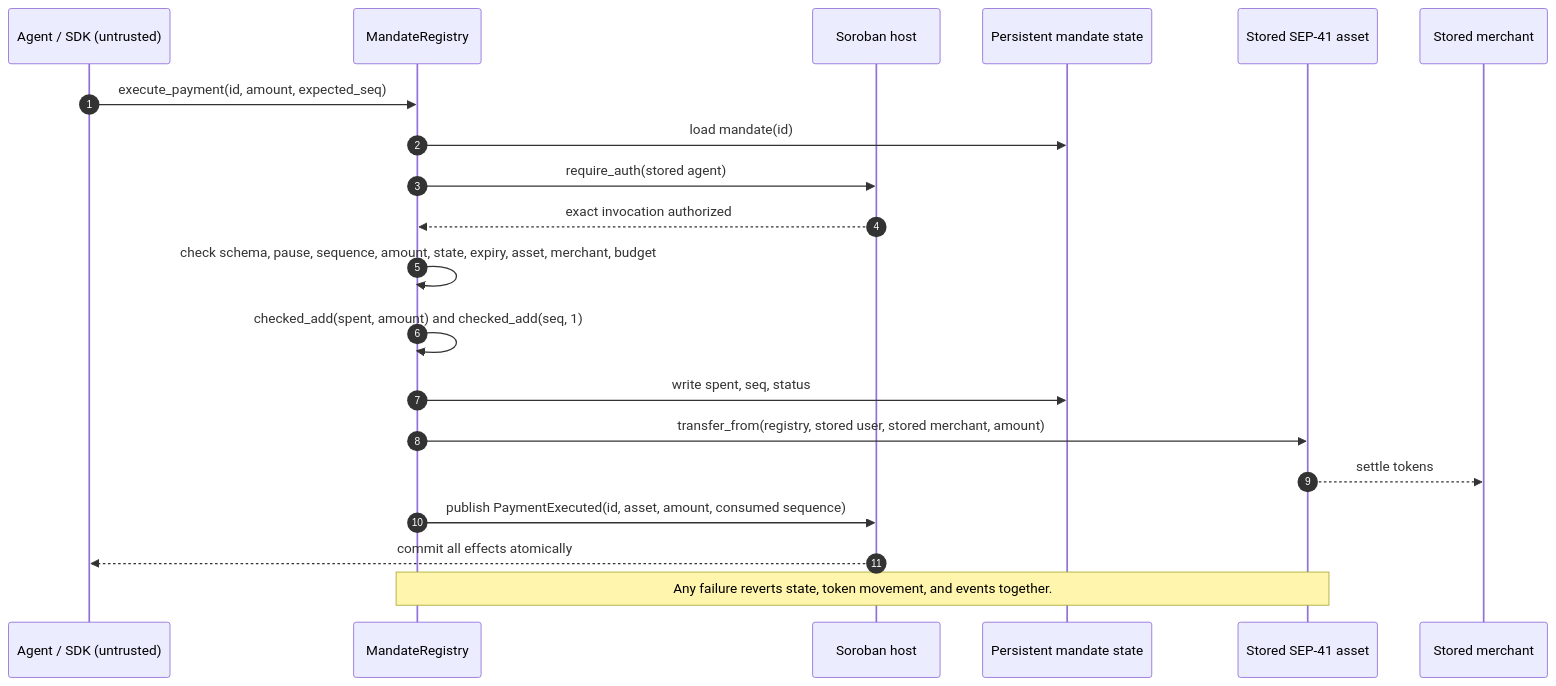
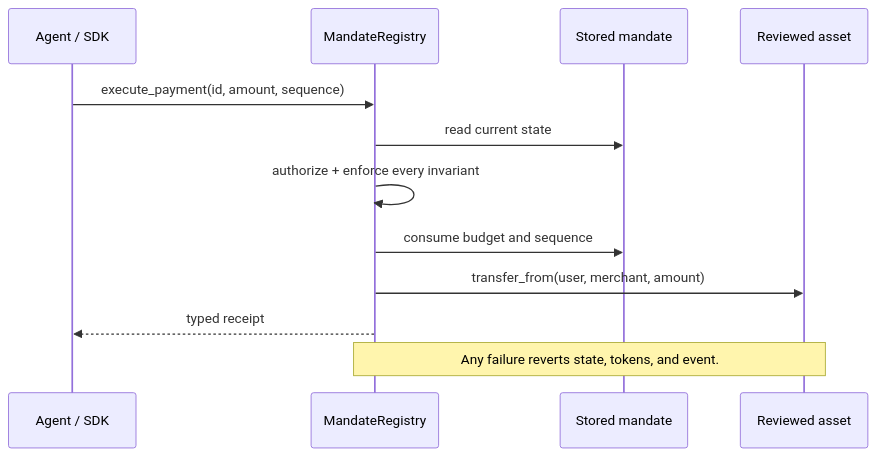
One commit to ackrate/ackrate-protocol-contracts changed the third of 4 diagrams in contracts/mainnet-v2/README.md. Above: the diagram before and after it, drawn with Mermaid. The commit also changed other lines of this file and 59 other files, not shown here.

````diff
--- a/contracts/mainnet-v2/README.md
+++ b/contracts/mainnet-v2/README.md
@@ -185,24 +107,14 @@
 ```mermaid
 sequenceDiagram
-    autonumber
-    participant A as Agent / SDK (untrusted)
+    participant A as Agent / SDK
     participant R as MandateRegistry
-    participant H as Soroban host
-    participant S as Persistent mandate state
-    participant T as Stored SEP-41 asset
-    participant M as Stored merchant
-
-    A->>R: execute_payment(id, amount, expected_seq)
-    R->>S: load mandate(id)
-    R->>H: require_auth(stored agent)
-    H-->>R: exact invocation authorized
-    R->>R: check schema, pause, sequence, amount, state, expiry, asset, merchant, budget
-    R->>R: checked_add(spent, amount) and checked_add(seq, 1)
-    R->>S: write spent, seq, status
-    R->>T: transfer_from(registry, stored user, stored merchant, amount)
-    T-->>M: settle tokens
-    R->>H: publish PaymentExecuted(id, asset, amount, consumed sequence)
-    H-->>A: commit all effects atomically
-
-    Note over R,T: Any failure reverts state, token movement, and events together.
+    participant S as Stored mandate
+    participant T as Reviewed asset
+    A->>R: execute_payment(id, amount, sequence)
+    R->>S: read current state
+    R->>R: authorize + enforce every invariant
+    R->>S: consume budget and sequence
+    R->>T: transfer_from(user, merchant, amount)
+    R-->>A: typed receipt
+    Note over R,T: Any failure reverts state, tokens, and event.
 ```
````
